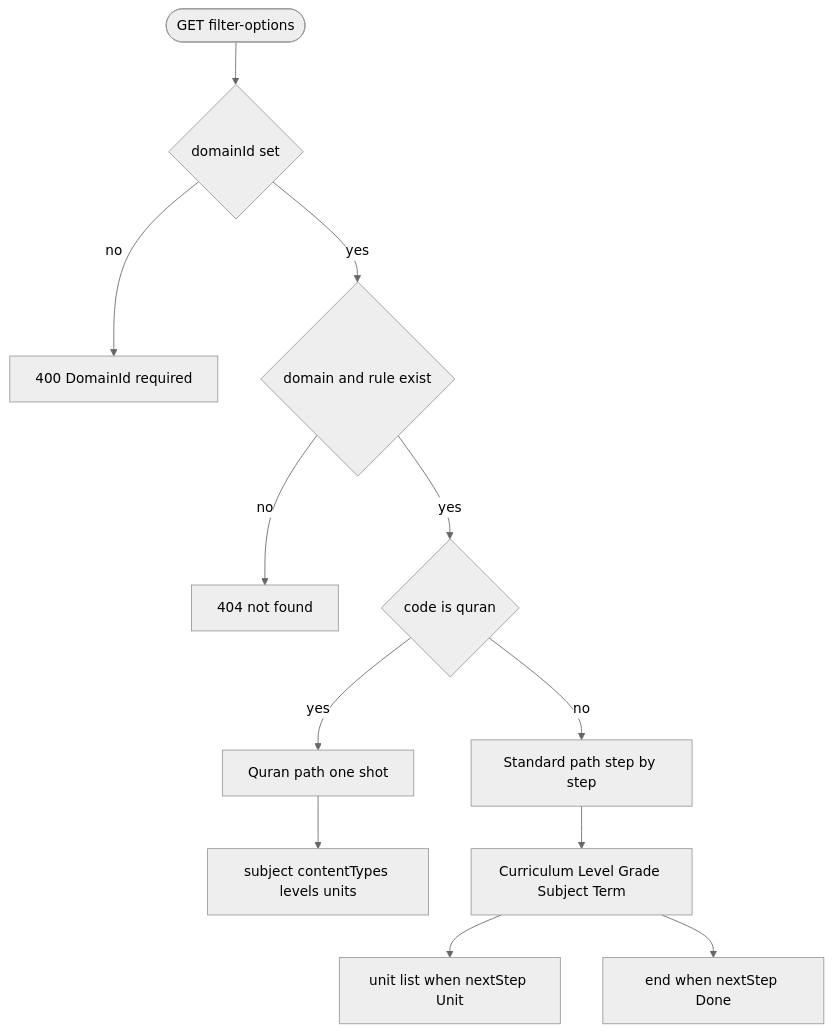
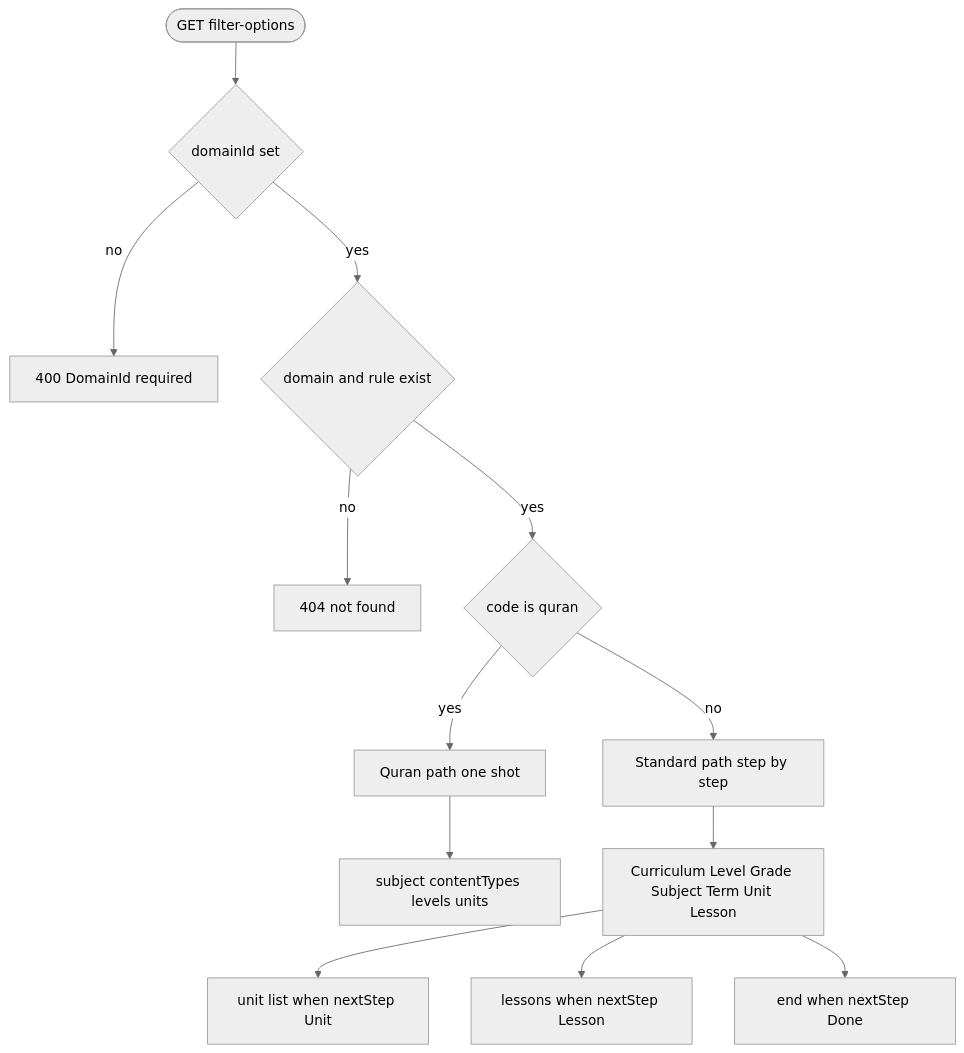
One commit to Mozaffer249/Qalam changed the first of 7 diagrams in Qalam.Data/AppMetaData/docs/Education_Business_Logic.md. Above: the diagram before and after it, drawn with Mermaid (neutral theme). The commit also changed other lines of this file and 10 other files, not shown here.

First line of the commit message:
feat(education-filter): enhance filter options with content unit and lesson selection

````diff
--- a/Qalam.Data/AppMetaData/docs/Education_Business_Logic.md
+++ b/Qalam.Data/AppMetaData/docs/Education_Business_Logic.md
@@ -61,14 +61,15 @@
 ```mermaid
 flowchart TD
     START([GET filter-options]) --> V1{domainId set}
     V1 -->|no| E400[400 DomainId required]
     V1 -->|yes| V2{domain and rule exist}
     V2 -->|no| E404[404 not found]
     V2 -->|yes| BR{code is quran}
     BR -->|yes| QPATH[Quran path one shot]
     BR -->|no| STD[Standard path step by step]
     QPATH --> QOUT[subject contentTypes levels units]
-    STD --> STEPS[Curriculum Level Grade Subject Term]
+    STD --> STEPS[Curriculum Level Grade Subject Term Unit Lesson]
     STEPS --> UOUT[unit list when nextStep Unit]
+    STEPS --> LOUT[lessons when nextStep Lesson]
     STEPS --> DOUT["end when nextStep Done"]
 ```
````
